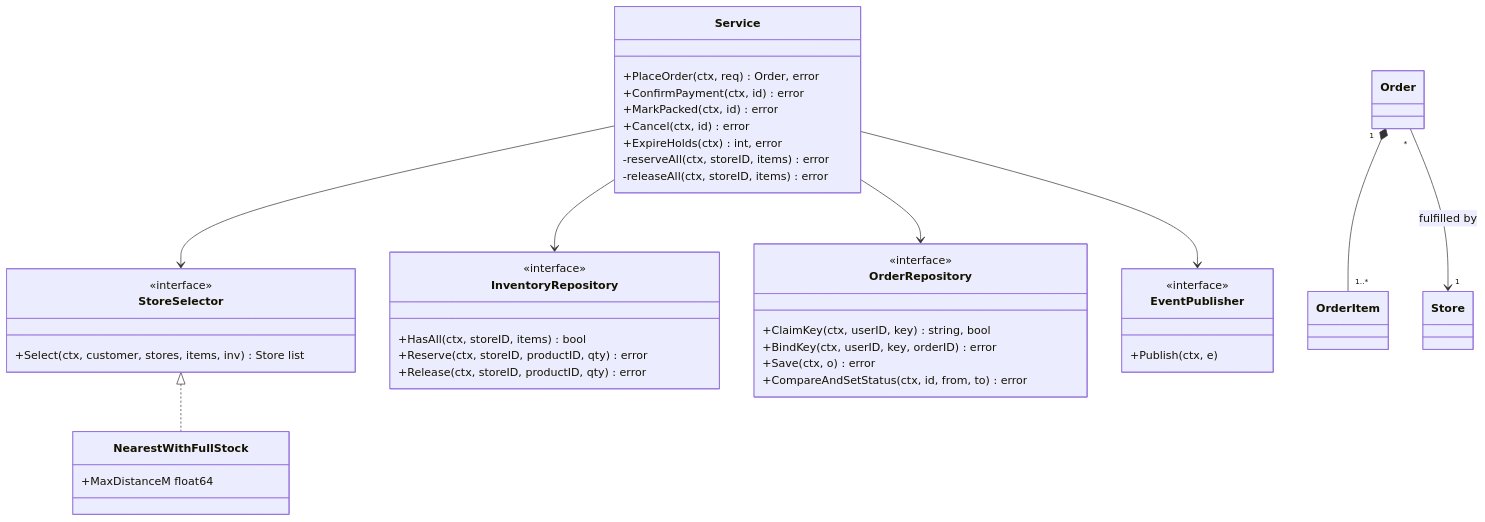
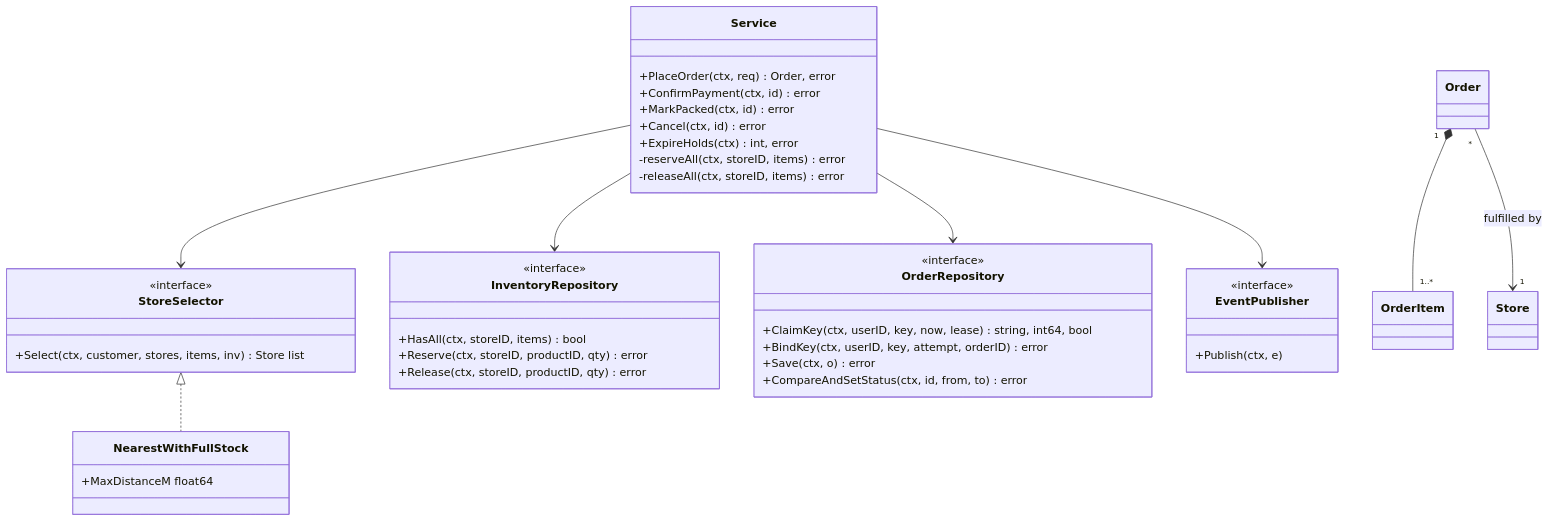
The first of 3 diagrams in 17 LLD/Practice/Inventory Order Assignment (Dark Store).md (PriyanshuMidha/System_Design_notes), drawn with Mermaid before and after one commit. The commit also changed other lines of this file and 250 other files, not shown here.

````diff
--- a/17 LLD/Practice/Inventory Order Assignment (Dark Store).md
+++ b/17 LLD/Practice/Inventory Order Assignment (Dark Store).md
@@ -77,43 +93,43 @@
 ```mermaid
 classDiagram
   class Service {
     +PlaceOrder(ctx, req) Order, error
     +ConfirmPayment(ctx, id) error
     +MarkPacked(ctx, id) error
     +Cancel(ctx, id) error
     +ExpireHolds(ctx) int, error
     -reserveAll(ctx, storeID, items) error
     -releaseAll(ctx, storeID, items) error
   }
   class StoreSelector {
     <<interface>>
     +Select(ctx, customer, stores, items, inv) Store list
   }
   class NearestWithFullStock {
     +MaxDistanceM float64
   }
   class InventoryRepository {
     <<interface>>
     +HasAll(ctx, storeID, items) bool
     +Reserve(ctx, storeID, productID, qty) error
     +Release(ctx, storeID, productID, qty) error
   }
   class OrderRepository {
     <<interface>>
-    +ClaimKey(ctx, userID, key) string, bool
-    +BindKey(ctx, userID, key, orderID) error
+    +ClaimKey(ctx, userID, key, now, lease) string, int64, bool
+    +BindKey(ctx, userID, key, attempt, orderID) error
     +Save(ctx, o) error
     +CompareAndSetStatus(ctx, id, from, to) error
   }
   class EventPublisher {
     <<interface>>
     +Publish(ctx, e)
   }
   Service --> StoreSelector
   Service --> InventoryRepository
   Service --> OrderRepository
   Service --> EventPublisher
   StoreSelector <|.. NearestWithFullStock
   Order "1" *-- "1..*" OrderItem
   Order "*" --> "1" Store : fulfilled by
 ```
````
